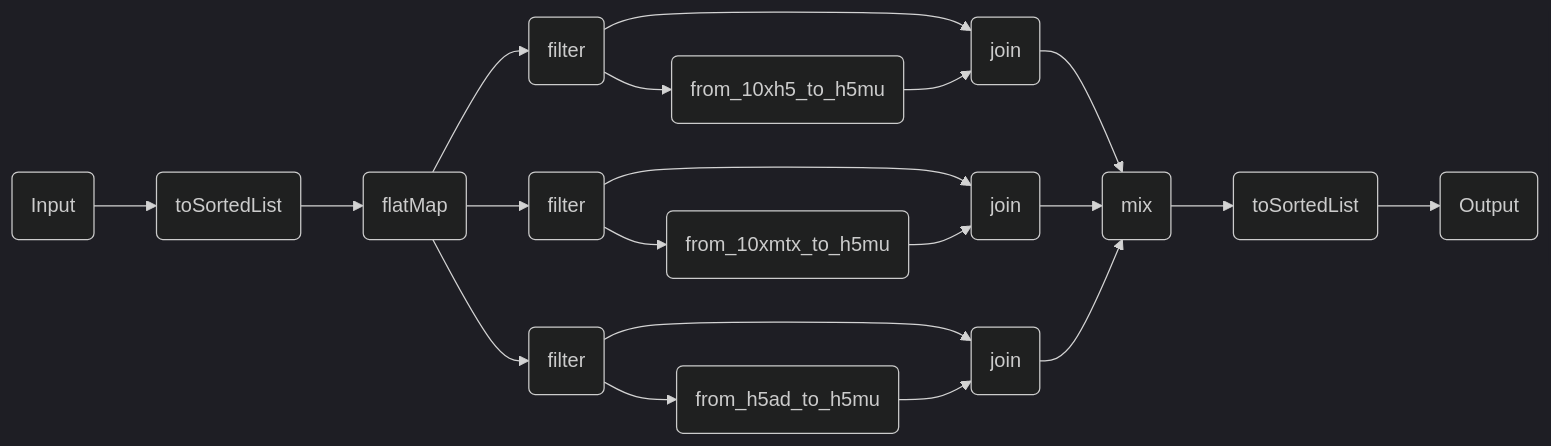
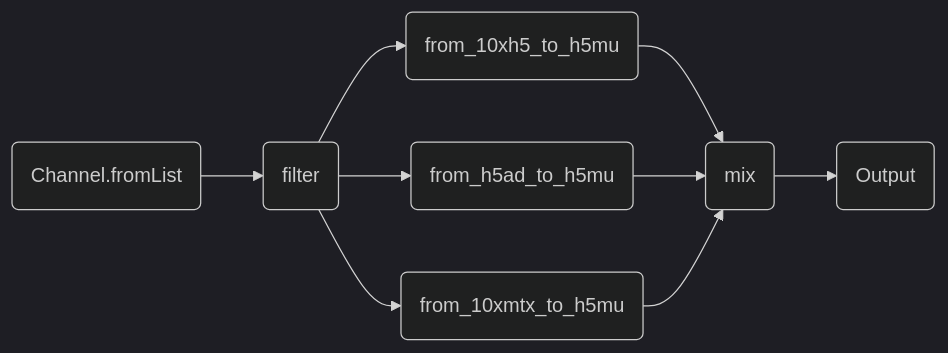
One commit to openpipelines-bio/website changed the diagram in components/workflows/ingestion/conversion.qmd. Above: the diagram before and after it, drawn with Mermaid (dark theme). The commit also changed other lines of this file and 143 other files, not shown here.

````diff
--- a/components/workflows/ingestion/conversion.qmd
+++ b/components/workflows/ingestion/conversion.qmd
@@ -105,39 +105,20 @@
 ```{mermaid}
 %%| column: screen-inset-shaded
 flowchart LR
-    v0(Input)
-    v2(toSortedList)
-    v4(flatMap)
-    v5(filter)
-    v10(from_10xh5_to_h5mu)
-    v12(join)
-    v35(mix)
-    v15(filter)
-    v20(from_10xmtx_to_h5mu)
-    v22(join)
-    v25(filter)
-    v30(from_h5ad_to_h5mu)
-    v32(join)
-    v37(toSortedList)
-    v39(Output)
-    v4-->v5
-    v4-->v15
-    v4-->v25
+    v0(Channel.fromList)
+    v2(filter)
+    v19(from_10xh5_to_h5mu)
+    v78(mix)
+    v42(from_h5ad_to_h5mu)
+    v65(from_10xmtx_to_h5mu)
+    v94(Output)
     v0-->v2
-    v2-->v4
-    v5-->v12
-    v5-->v10
-    v10-->v12
-    v12-->v35
-    v15-->v22
-    v15-->v20
-    v20-->v22
-    v22-->v35
-    v25-->v32
-    v25-->v30
-    v30-->v32
-    v32-->v35
-    v35-->v37
-    v37-->v39
+    v2-->v19
+    v19-->v78
+    v2-->v42
+    v42-->v78
+    v2-->v65
+    v65-->v78
+    v78-->v94
 
 ```
````
